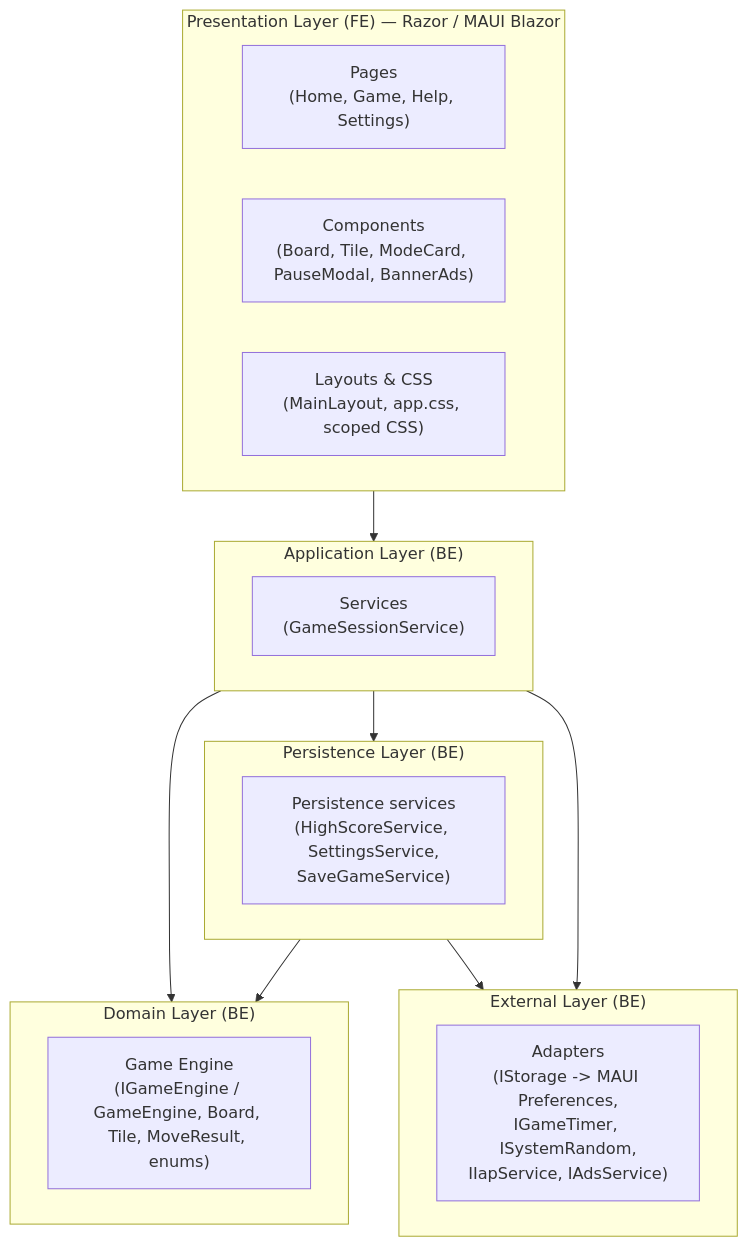
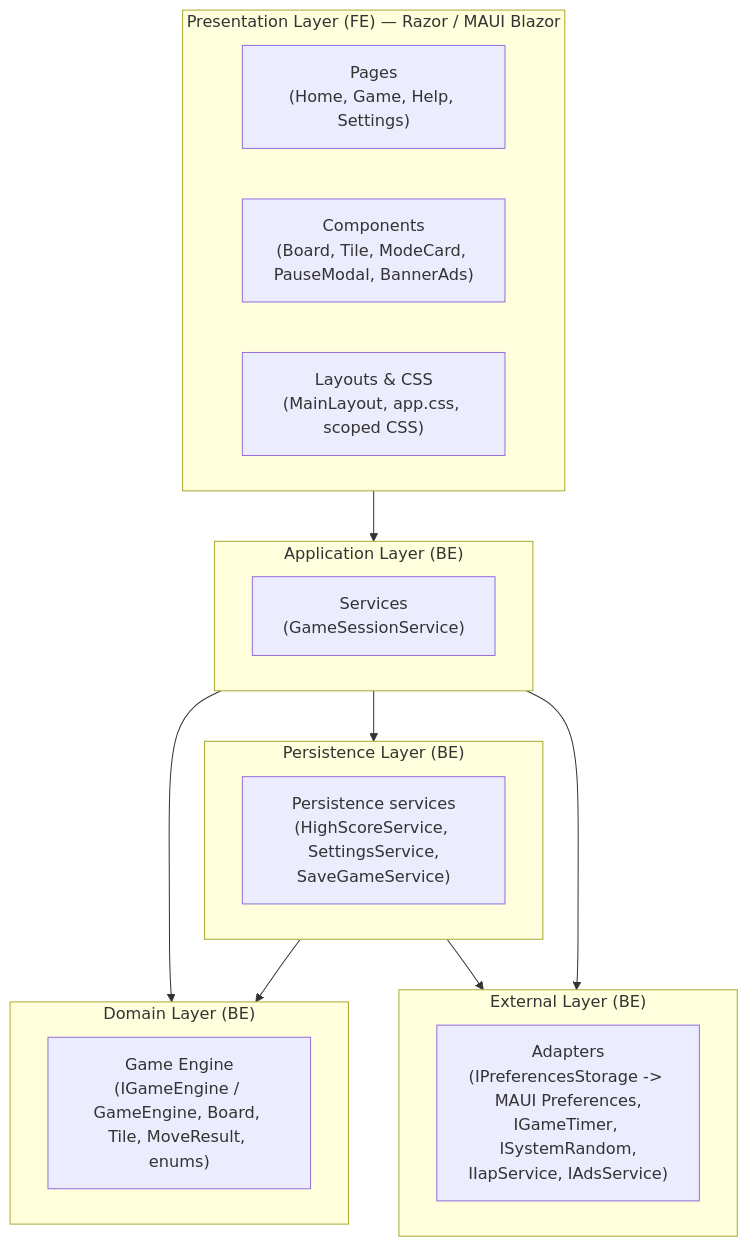
Before and after one commit to LeThaiAn15112004/2048-Infinity-Merge: the first of 9 diagrams in Docs/software_design.md, drawn with Mermaid. The commit also changed other lines of this file and 86 other files, not shown here.

````diff
--- a/Docs/software_design.md
+++ b/Docs/software_design.md
@@ -79,31 +79,31 @@
 ```mermaid
 flowchart TB
     subgraph Presentation["Presentation Layer (FE) — Razor / MAUI Blazor"]
         UI_Pages["Pages<br/>(Home, Game, Help, Settings)"]
         UI_Comp["Components<br/>(Board, Tile, ModeCard, PauseModal, BannerAds)"]
         UI_Layout["Layouts & CSS<br/>(MainLayout, app.css, scoped CSS)"]
     end
 
     subgraph Application["Application Layer (BE)"]
         AppSvc["Services<br/>(GameSessionService)"]
     end
 
     subgraph Domain["Domain Layer (BE)"]
         DomainCore["Game Engine<br/>(IGameEngine / GameEngine, Board, Tile, MoveResult, enums)"]
     end
 
     subgraph Persistence["Persistence Layer (BE)"]
         Persist["Persistence services<br/>(HighScoreService, SettingsService,<br/>SaveGameService)"]
     end
 
     subgraph External["External Layer (BE)"]
-        Infra["Adapters<br/>(IStorage -> MAUI Preferences,<br/>IGameTimer, ISystemRandom,<br/>IIapService, IAdsService)"]
+        Infra["Adapters<br/>(IPreferencesStorage -> MAUI Preferences,<br/>IGameTimer, ISystemRandom,<br/>IIapService, IAdsService)"]
     end
 
     Presentation --> Application
     Application --> Domain
     Application --> Persistence
     Persistence --> Domain
     Persistence --> External
     Application --> External
 ```
````
